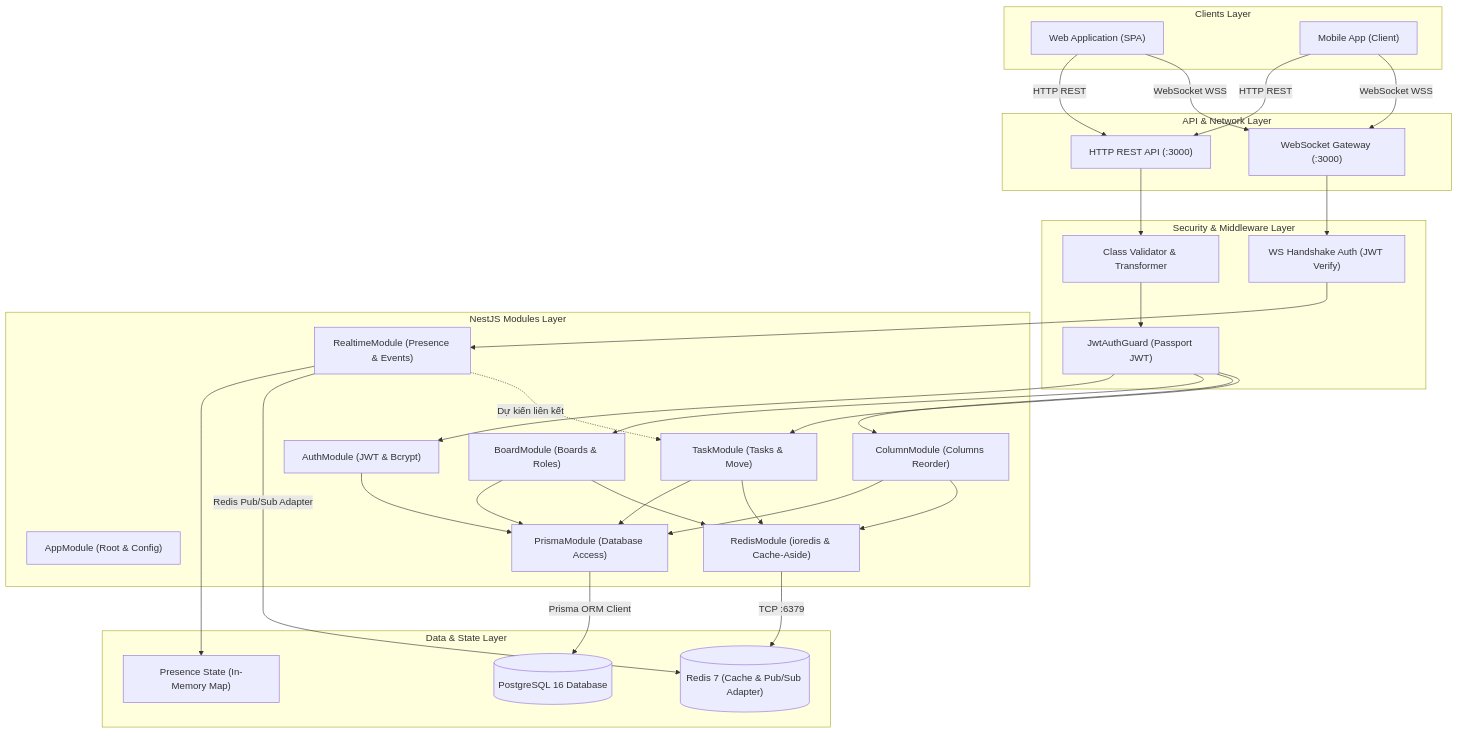
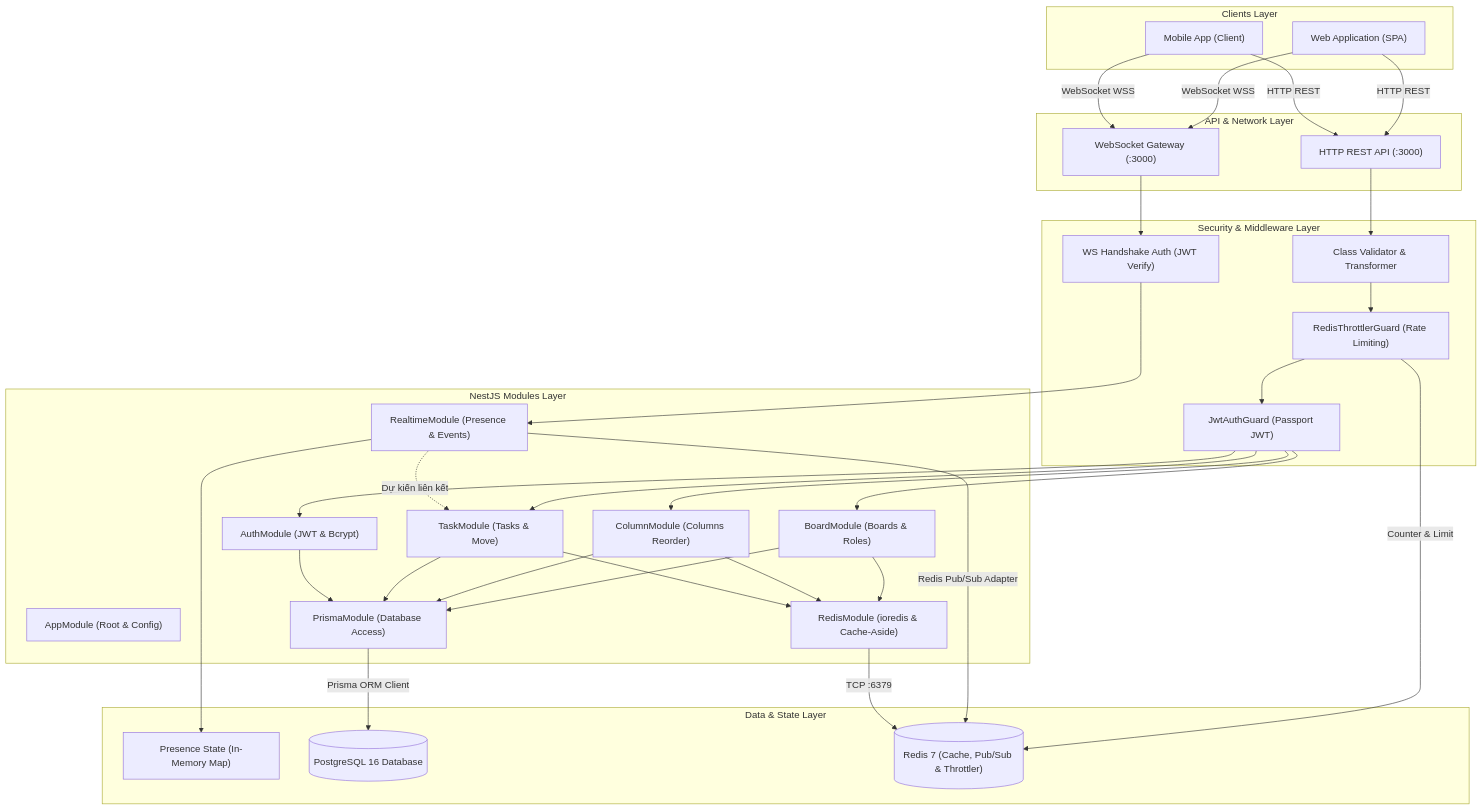
One commit to BambooSync/bamboo-sync-board-server changed the first of 4 diagrams in docs/architecture.md. Above: the diagram before and after it, drawn with Mermaid. The commit also changed 8 other files, not shown here.

Commit message:
feat: implement rate limiting

````diff
--- a/docs/architecture.md
+++ b/docs/architecture.md
@@ -11,65 +11,67 @@
 ```mermaid
 graph TB
     subgraph Clients["Clients Layer"]
         WebClient["Web Application (SPA)"]
         MobileClient["Mobile App (Client)"]
     end
 
     subgraph EntryPoint["API & Network Layer"]
         HttpEntry["HTTP REST API (:3000)"]
         WsEntry["WebSocket Gateway (:3000)"]
     end
 
     subgraph Security["Security & Middleware Layer"]
+        ThrottlerGuard["RedisThrottlerGuard (Rate Limiting)"]
         JwtGuard["JwtAuthGuard (Passport JWT)"]
         WsAuth["WS Handshake Auth (JWT Verify)"]
         ValidationPipe["Class Validator & Transformer"]
     end
 
     subgraph Business["NestJS Modules Layer"]
         AppMod["AppModule (Root & Config)"]
         AuthMod["AuthModule (JWT & Bcrypt)"]
         BoardMod["BoardModule (Boards & Roles)"]
         ColMod["ColumnModule (Columns Reorder)"]
         TaskMod["TaskModule (Tasks & Move)"]
         RealtimeMod["RealtimeModule (Presence & Events)"]
         PrismaMod["PrismaModule (Database Access)"]
         RedisMod["RedisModule (ioredis & Cache-Aside)"]
     end
 
     subgraph StateAndStorage["Data & State Layer"]
         InMemoryState["Presence State (In-Memory Map)"]
         Postgres[("PostgreSQL 16 Database")]
-        RedisContainer[("Redis 7 (Cache & Pub/Sub Adapter)")]
+        RedisContainer[("Redis 7 (Cache, Pub/Sub & Throttler)")]
     end
 
     WebClient -->|HTTP REST| HttpEntry
     MobileClient -->|HTTP REST| HttpEntry
     WebClient -->|WebSocket WSS| WsEntry
     MobileClient -->|WebSocket WSS| WsEntry
 
-    HttpEntry --> ValidationPipe --> JwtGuard
+    HttpEntry --> ValidationPipe --> ThrottlerGuard --> JwtGuard
+    ThrottlerGuard -->|Counter & Limit| RedisContainer
     WsEntry --> WsAuth
 
     JwtGuard --> AuthMod
     JwtGuard --> BoardMod
     JwtGuard --> ColMod
     JwtGuard --> TaskMod
 
     WsAuth --> RealtimeMod
     RealtimeMod --> InMemoryState
     RealtimeMod -->|Redis Pub/Sub Adapter| RedisContainer
     RealtimeMod -.->|Dự kiến liên kết| TaskMod
 
     BoardMod --> PrismaMod
     ColMod --> PrismaMod
     TaskMod --> PrismaMod
     AuthMod --> PrismaMod
 
     BoardMod --> RedisMod
     ColMod --> RedisMod
     TaskMod --> RedisMod
 
     RedisMod -->|TCP :6379| RedisContainer
     PrismaMod -->|Prisma ORM Client| Postgres
 ```
````
